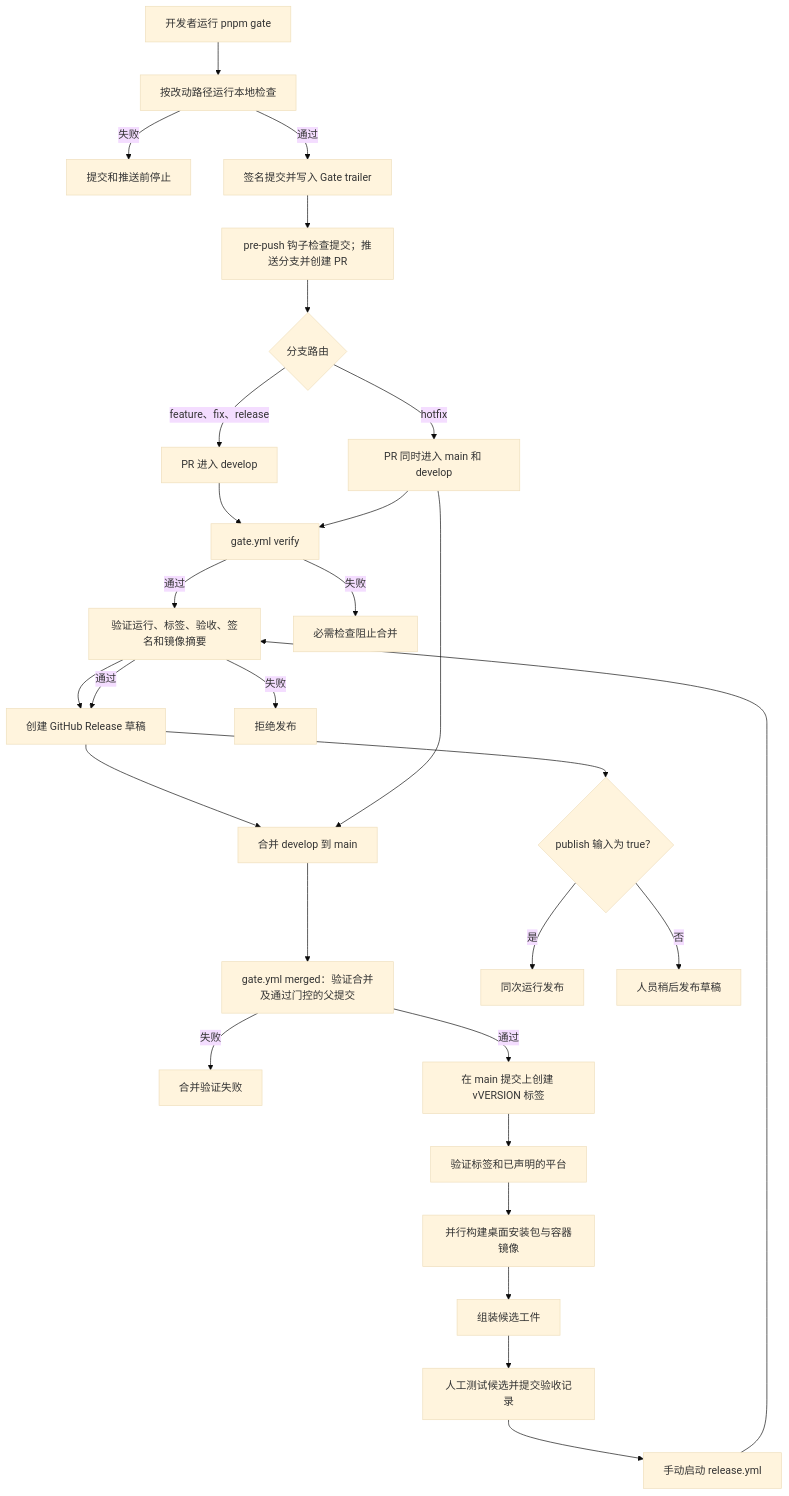
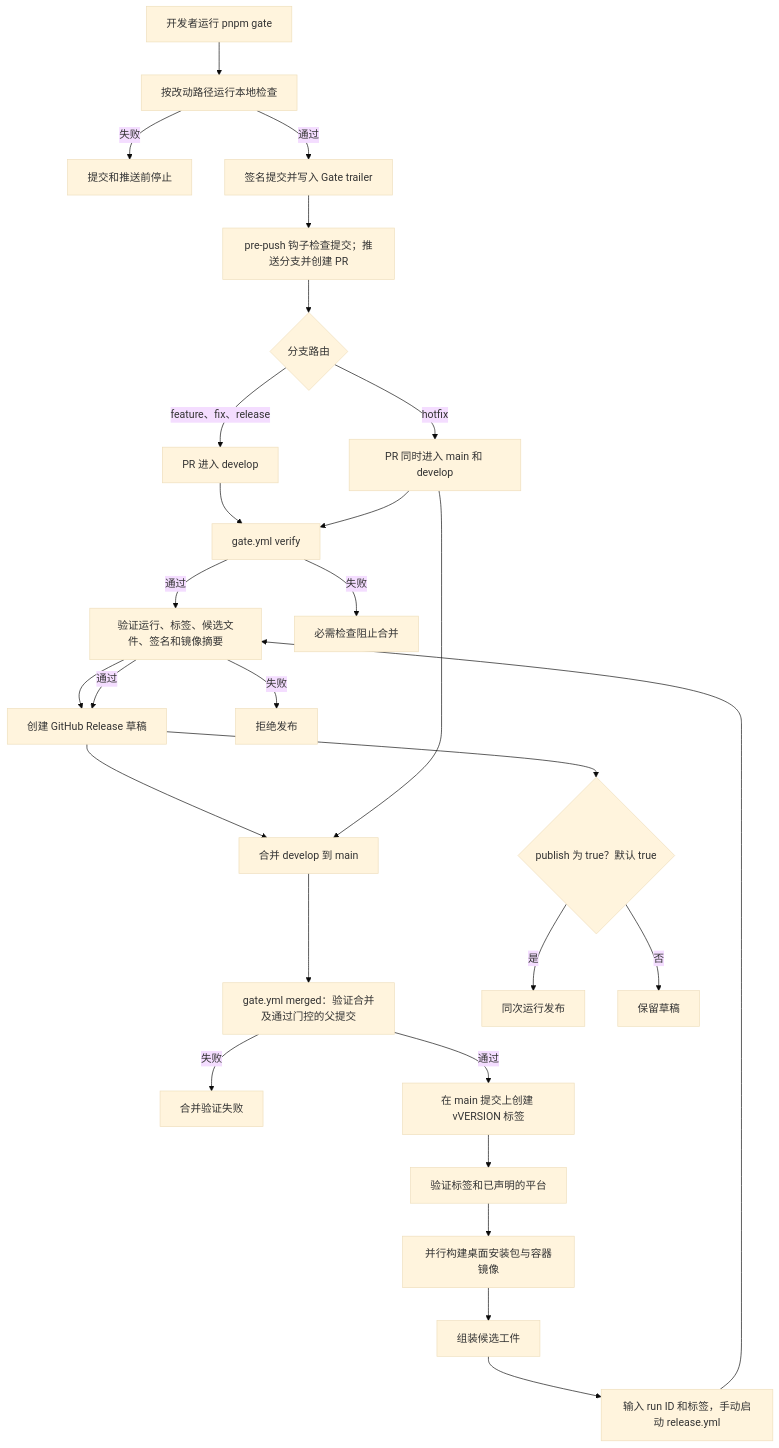
Before and after one commit to Yuqi-666/dBrain: the diagram in docs/zh/ci-cd.md, drawn with Mermaid (base theme). The commit also changed other lines of this file and 14 other files, not shown here.

First line of the commit message:
fix(release): publish verified candidates directly

````diff
--- a/docs/zh/ci-cd.md
+++ b/docs/zh/ci-cd.md
@@ -17,31 +17,30 @@
 ```mermaid
 flowchart TD
     A["开发者运行 pnpm gate"] --> B["按改动路径运行本地检查"]
     B -->|失败| X["提交和推送前停止"]
     B -->|通过| C["签名提交并写入 Gate trailer"]
     C --> D["pre-push 钩子检查提交；推送分支并创建 PR"]
     D --> E{"分支路由"}
     E -->|feature、fix、release| E1["PR 进入 develop"]
     E -->|hotfix| E2["PR 同时进入 main 和 develop"]
     E1 --> V["gate.yml verify"]
     E2 --> V
     V -->|通过| P["合并到 develop"]
     P --> R["在 develop 运行 pnpm gate，确认平台并创建晋升 PR"]
     R --> F["合并 develop 到 main"]
     E2 --> F
     V -->|失败| Y["必需检查阻止合并"]
     F --> G["gate.yml merged：验证合并及通过门控的父提交"]
     G -->|失败| Z["合并验证失败"]
     G -->|通过| J["在 main 提交上创建 vVERSION 标签"]
     J --> K["验证标签和已声明的平台"]
     K --> L["并行构建桌面安装包与容器镜像"]
     L --> M["组装候选工件"]
-    M --> N["人工测试候选并提交验收记录"]
-    N --> O["手动启动 release.yml"]
-    O --> P["验证运行、标签、验收、签名和镜像摘要"]
+    M --> O["输入 run ID 和标签，手动启动 release.yml"]
+    O --> P["验证运行、标签、候选文件、签名和镜像摘要"]
     P -->|失败| Q["拒绝发布"]
     P -->|通过| R["创建 GitHub Release 草稿"]
-    R --> S{"publish 输入为 true？"}
+    R --> S{"publish 为 true？默认 true"}
     S -->|是| T["同次运行发布"]
-    S -->|否| U["人员稍后发布草稿"]
+    S -->|否| U["保留草稿"]
 ```
````
